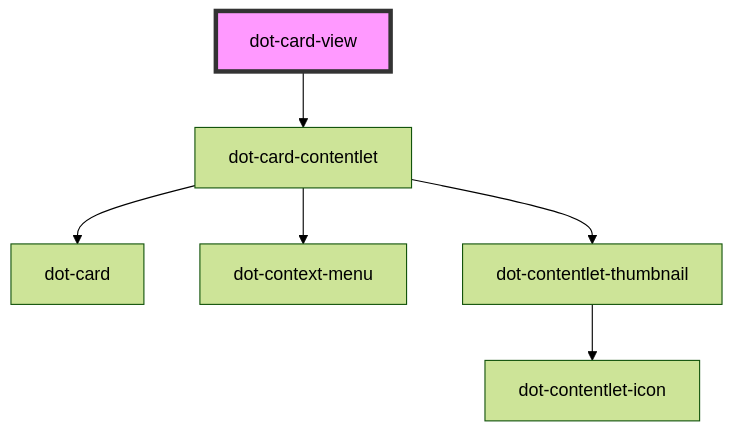
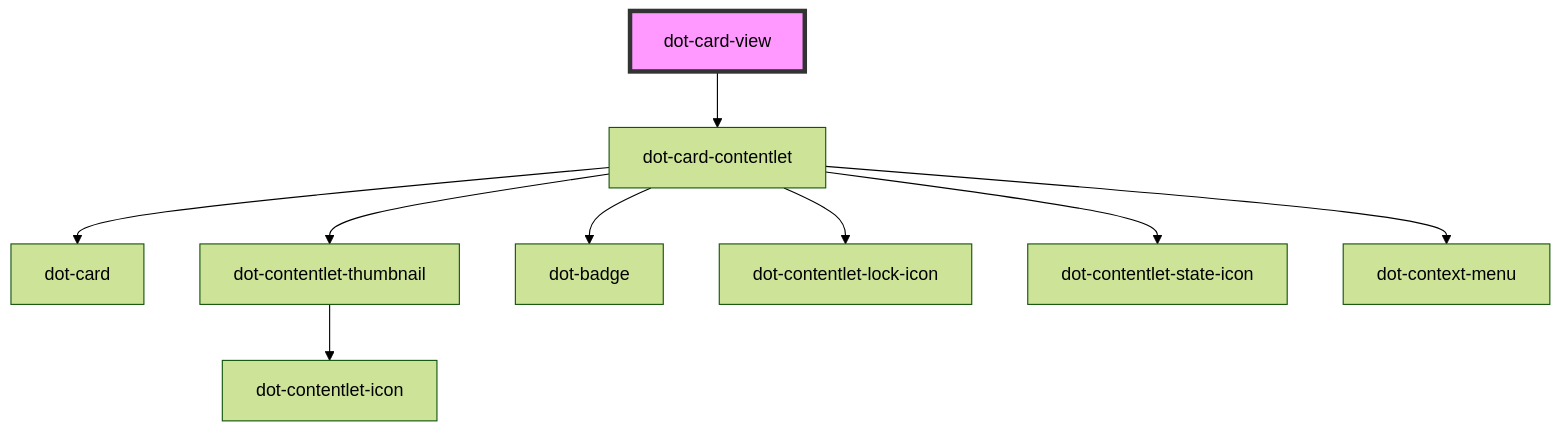
One commit to dotCMS/dotcms-webcomponents changed the diagram in src/collections/dot-card-view/readme.md. Above: the diagram before and after it, drawn with Mermaid (forest theme). The commit also changed other lines of this file and 20 other files, not shown here.

Commit message:
Add extra data in the card contentlet

````diff
--- a/src/collections/dot-card-view/readme.md
+++ b/src/collections/dot-card-view/readme.md
@@ -44,9 +44,12 @@
 ```mermaid
 graph TD;
   dot-card-view --> dot-card-contentlet
   dot-card-contentlet --> dot-card
+  dot-card-contentlet --> dot-contentlet-thumbnail
+  dot-card-contentlet --> dot-badge
+  dot-card-contentlet --> dot-contentlet-lock-icon
+  dot-card-contentlet --> dot-contentlet-state-icon
   dot-card-contentlet --> dot-context-menu
-  dot-card-contentlet --> dot-contentlet-thumbnail
   dot-contentlet-thumbnail --> dot-contentlet-icon
   style dot-card-view fill:#f9f,stroke:#333,stroke-width:4px
 ```
````
